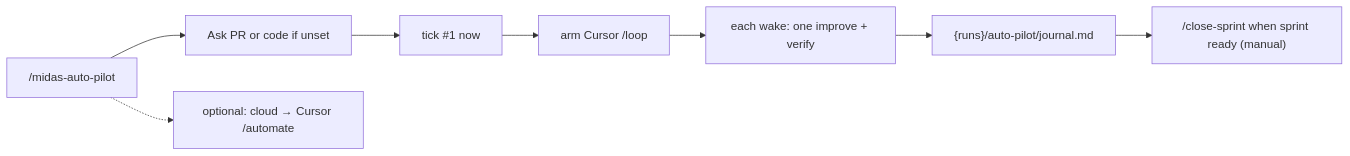
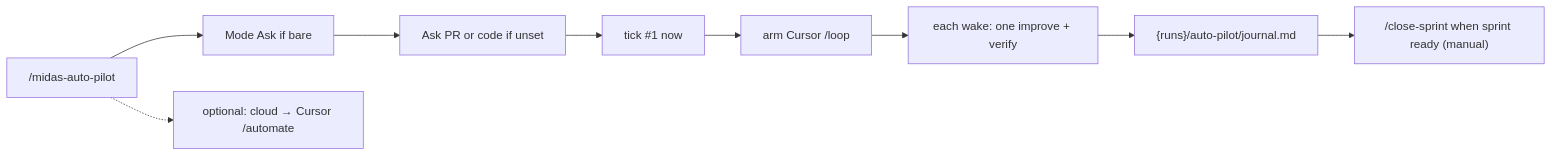
Before and after one commit to okuzpe/midas-harness: the fifth of 5 diagrams in docs/skill-flows.md, drawn with Mermaid. The commit also changed other lines of this file and 262 other files, not shown here.

````diff
--- a/docs/skill-flows.md
+++ b/docs/skill-flows.md
@@ -137,10 +146,11 @@
 ```mermaid
 flowchart LR
-  Start["/midas-auto-pilot"] --> Ask["Ask PR or code if unset"]
+  Start["/midas-auto-pilot"] --> Mode["Mode Ask if bare"]
+  Mode --> Ask["Ask PR or code if unset"]
   Ask --> Tick1["tick #1 now"]
   Tick1 --> Loop["arm Cursor /loop"]
   Loop --> OneFix["each wake: one improve + verify"]
   OneFix --> Journal["{runs}/auto-pilot/journal.md"]
   Journal --> Close["/close-sprint when sprint ready (manual)"]
   Start -.-> Cloud["optional: cloud → Cursor /automate"]
 ```
````
